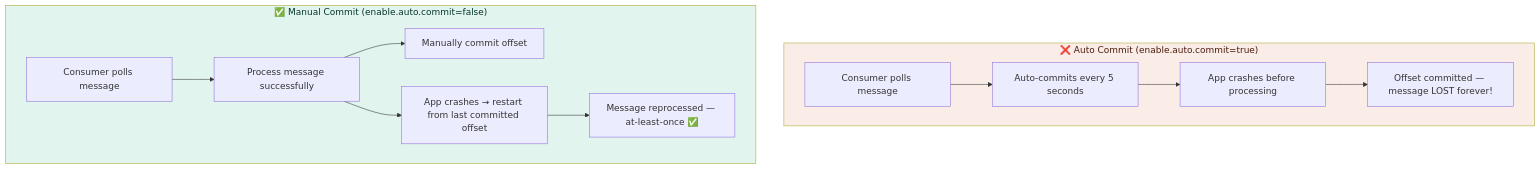
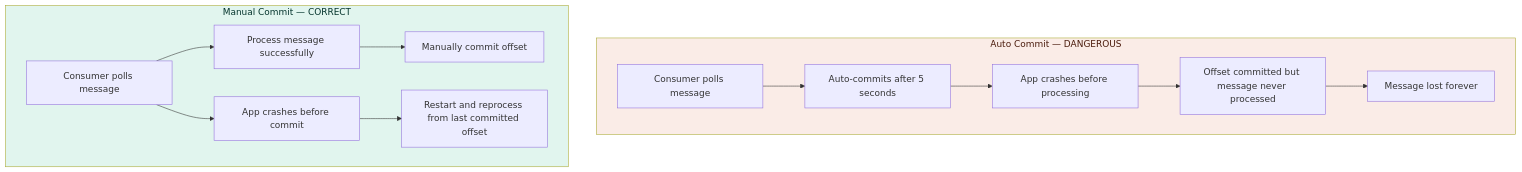
Diagram 12 of 18 in kakfa/kafka_best_practices.md (rahulsaxena23-code/best-practice), drawn with Mermaid before and after one commit. The commit also changed other lines of this file, not shown here.

````diff
--- a/kakfa/kafka_best_practices.md
+++ b/kakfa/kafka_best_practices.md
@@ -731,22 +658,23 @@
 ```mermaid
-graph TD
-    subgraph Auto["❌ Auto Commit (enable.auto.commit=true)"]
+flowchart TD
+    subgraph Auto["Auto Commit — DANGEROUS"]
         AC1[Consumer polls message]
-        AC2[Auto-commits every 5 seconds]
+        AC2[Auto-commits after 5 seconds]
         AC3[App crashes before processing]
-        AC4[Offset committed — message LOST forever!]
-        AC1 --> AC2 --> AC3 --> AC4
+        AC4[Offset committed but message never processed]
+        AC5[Message lost forever]
+        AC1 --> AC2 --> AC3 --> AC4 --> AC5
     end
-    subgraph Manual["✅ Manual Commit (enable.auto.commit=false)"]
+    subgraph Manual["Manual Commit — CORRECT"]
         MC1[Consumer polls message]
         MC2[Process message successfully]
         MC3[Manually commit offset]
-        MC4[App crashes → restart from last committed offset]
-        MC5[Message reprocessed — at-least-once ✅]
+        MC4[App crashes before commit]
+        MC5[Restart and reprocess from last committed offset]
         MC1 --> MC2 --> MC3
-        MC2 --> MC4 --> MC5
+        MC1 --> MC4 --> MC5
     end
 
     style Auto fill:#FAECE7,color:#4A1B0C
     style Manual fill:#E1F5EE,color:#04342C
 ```
````
